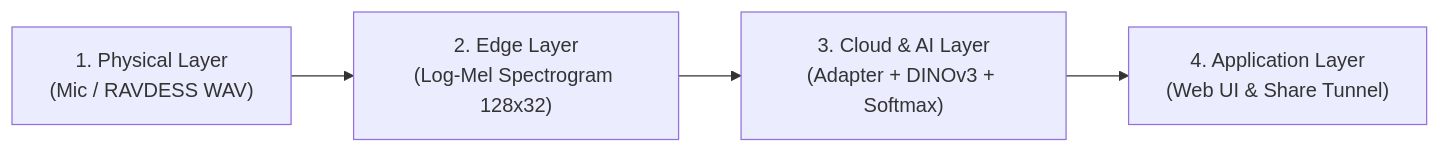
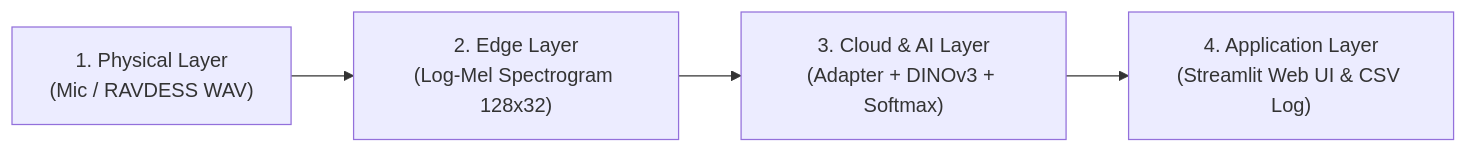
The diagram in README.md (dangdinhdung3010/SER), drawn with Mermaid before and after one commit. The commit also changed other lines of this file, not shown here.

````diff
--- a/README.md
+++ b/README.md
@@ -26,6 +36,6 @@
 ```mermaid
 flowchart LR
     A["1. Physical Layer<br/>(Mic / RAVDESS WAV)"] --> B["2. Edge Layer<br/>(Log-Mel Spectrogram 128x32)"]
     B --> C["3. Cloud & AI Layer<br/>(Adapter + DINOv3 + Softmax)"]
-    C --> D["4. Application Layer<br/>(Web UI & Share Tunnel)"]
+    C --> D["4. Application Layer<br/>(Streamlit Web UI & CSV Log)"]
 ```
````
